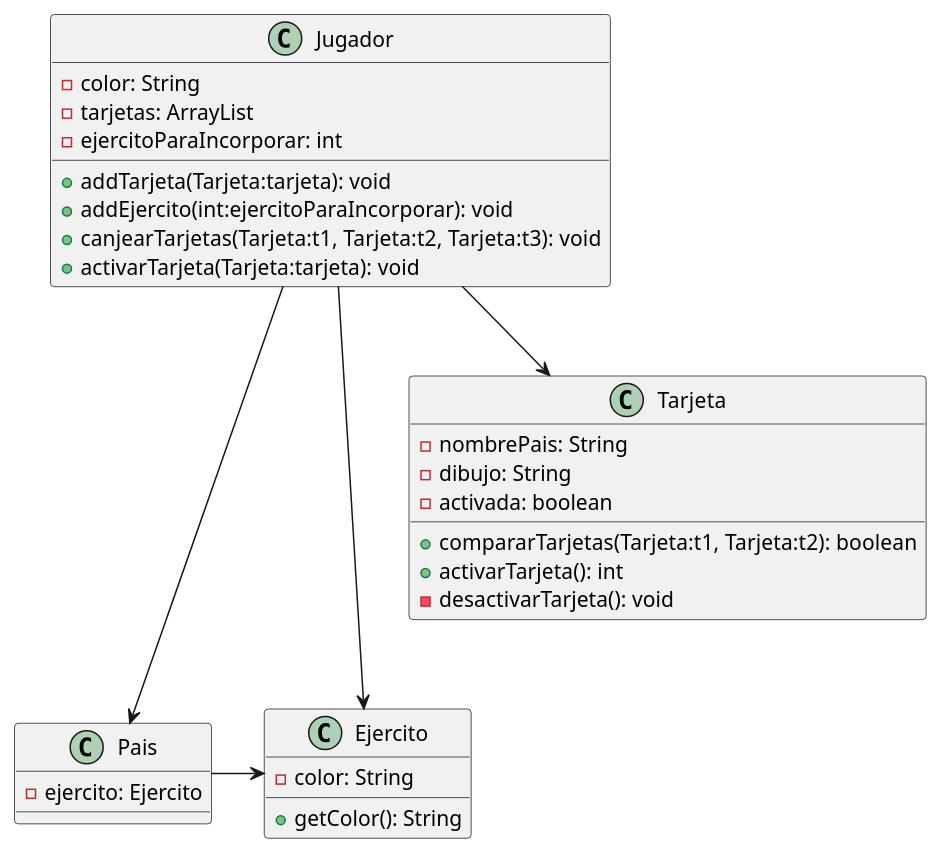
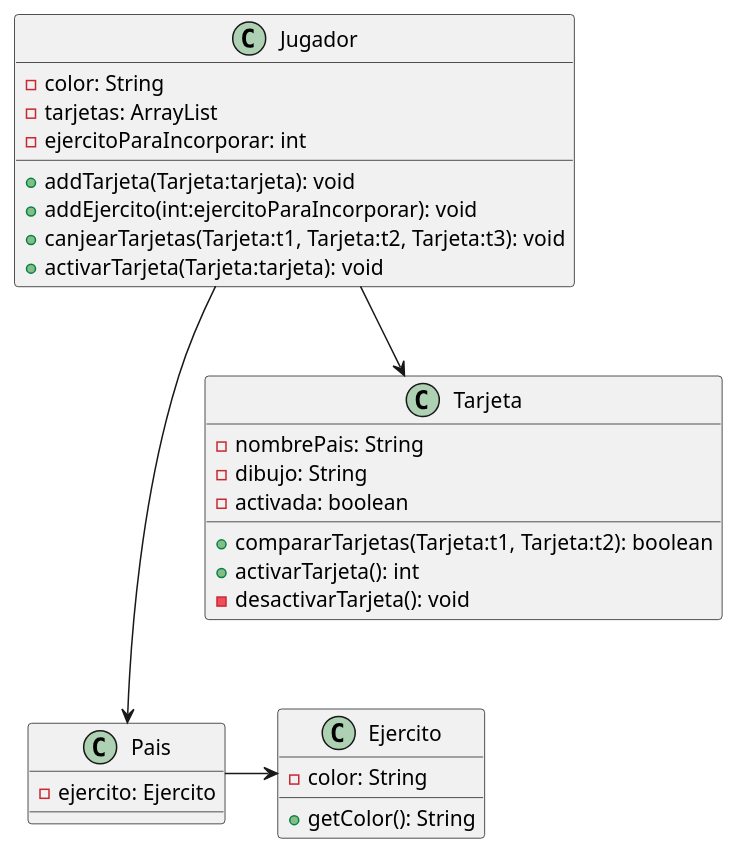
One commit to tomasshiao/TP2_Algo3 changed the diagram in diagramas/diagramaClaseTarjeta.puml. Above: the diagram before and after it, drawn with PlantUML. The commit also changed 1 other file, not shown here.

Commit message:
update diagramas
se actualizan diagrama de clase tarjetas y de secuencia jugadorCanjeaTarjetas

```diff
--- a/diagramas/diagramaClaseTarjeta.puml
+++ b/diagramas/diagramaClaseTarjeta.puml
@@ -1,41 +1,40 @@
 @startuml
 'https://plantuml.com/class-diagram
 
 class Tarjeta{
     -nombrePais: String
     -dibujo: String
     -activada: boolean
 
     +compararTarjetas(Tarjeta:t1, Tarjeta:t2): boolean
     +activarTarjeta(): int
     -desactivarTarjeta(): void
 }
 
 
 class Jugador{
     -color: String
     -tarjetas: ArrayList
     -ejercitoParaIncorporar: int
 
     + addTarjeta(Tarjeta:tarjeta): void
     + addEjercito(int:ejercitoParaIncorporar): void
     + canjearTarjetas(Tarjeta:t1, Tarjeta:t2, Tarjeta:t3): void
     + activarTarjeta(Tarjeta:tarjeta): void
 }
 
 
 class Pais{
     -ejercito: Ejercito
 }
 class Ejercito{
     -color: String
 
     +getColor(): String
 }
 
 Jugador-->Tarjeta
 Jugador--->Pais
-Jugador--->Ejercito
 Pais->Ejercito
 
 @enduml
```
